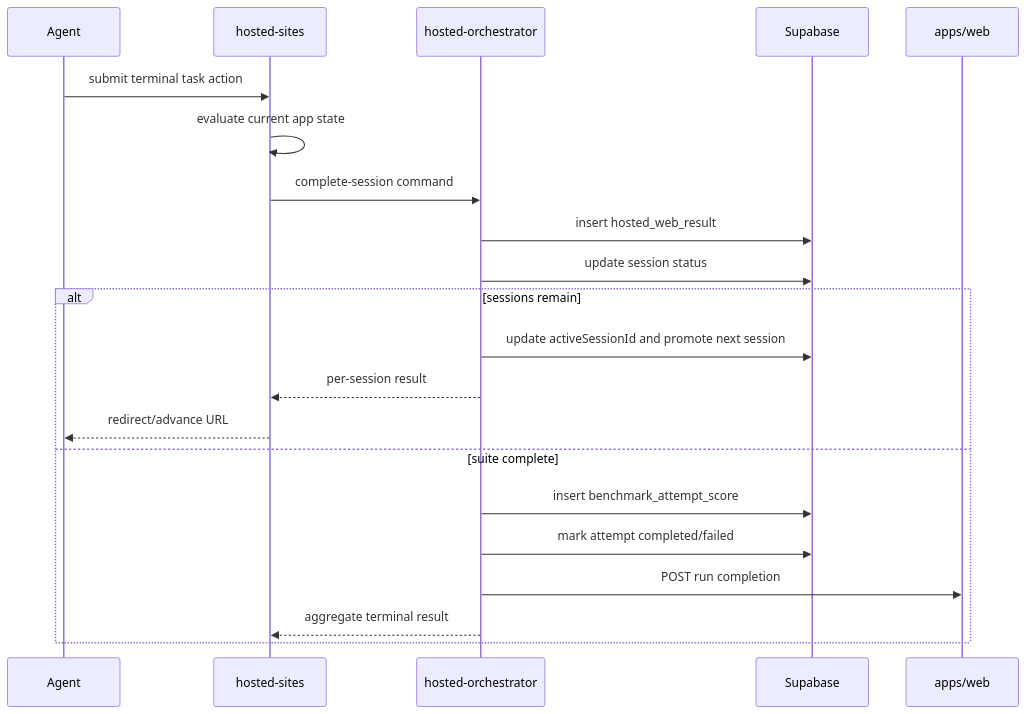
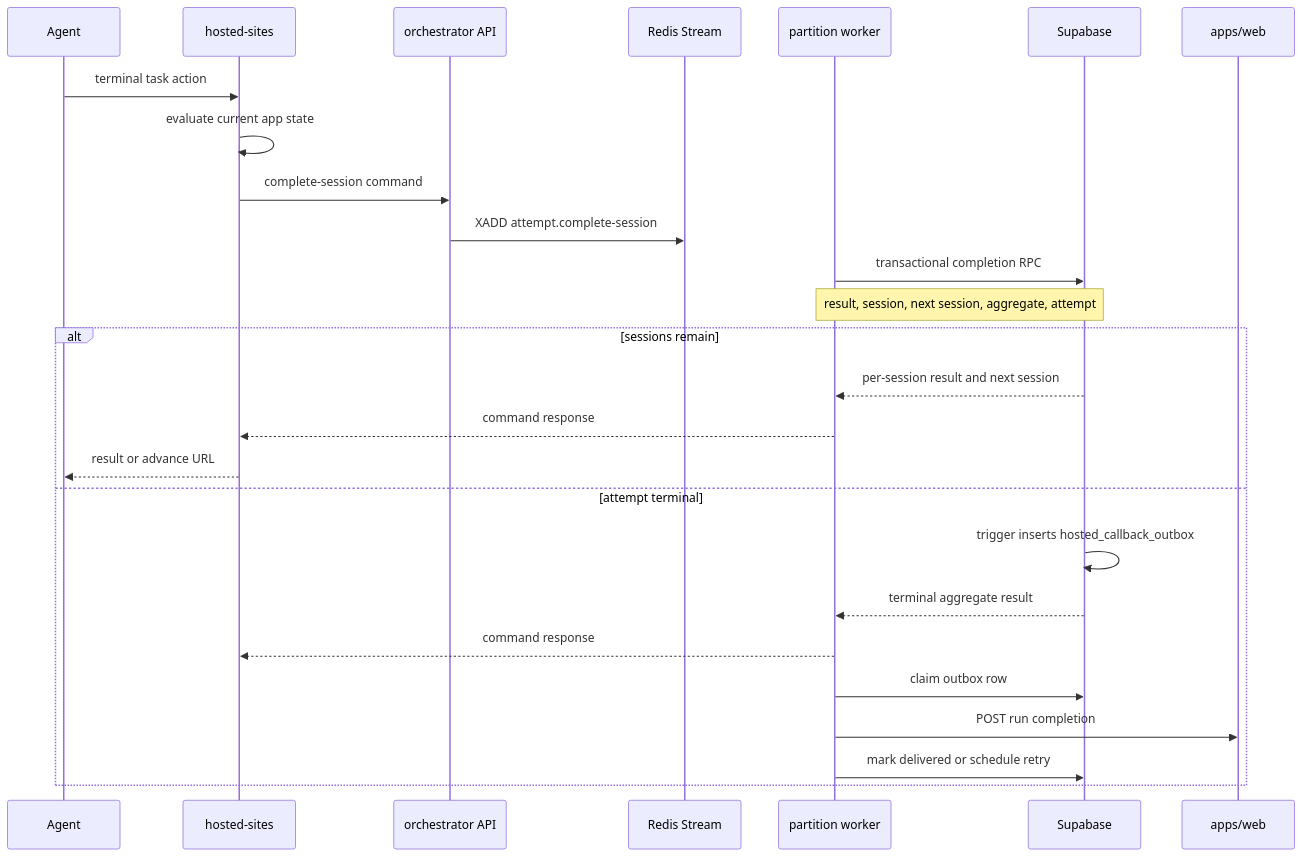
The fifth of 5 diagrams in docs/data-flow.md (Kaiwen0418/agent-benchmark), drawn with Mermaid before and after one commit. The commit also changed other lines of this file and 7 other files, not shown here.

Commit message:
docs: align architecture and runtime data flow (#67)

````diff
--- a/docs/data-flow.md
+++ b/docs/data-flow.md
@@ -61,24 +112,29 @@
 ```mermaid
 sequenceDiagram
   participant A as Agent
   participant H as hosted-sites
-  participant O as hosted-orchestrator
+  participant O as orchestrator API
+  participant R as Redis Stream
+  participant K as partition worker
   participant D as Supabase
   participant W as apps/web
 
-  A->>H: submit terminal task action
+  A->>H: terminal task action
   H->>H: evaluate current app state
   H->>O: complete-session command
-  O->>D: insert hosted_web_result
-  O->>D: update session status
+  O->>R: XADD attempt.complete-session
+  K->>D: transactional completion RPC
+  Note over K,D: result, session, next session, aggregate, attempt
   alt sessions remain
-    O->>D: update activeSessionId and promote next session
-    O-->>H: per-session result
-    H-->>A: redirect/advance URL
-  else suite complete
-    O->>D: insert benchmark_attempt_score
-    O->>D: mark attempt completed/failed
-    O->>W: POST run completion
-    O-->>H: aggregate terminal result
+    D-->>K: per-session result and next session
+    K-->>H: command response
+    H-->>A: result or advance URL
+  else attempt terminal
+    D->>D: trigger inserts hosted_callback_outbox
+    D-->>K: terminal aggregate result
+    K-->>H: command response
+    K->>D: claim outbox row
+    K->>W: POST run completion
+    K->>D: mark delivered or schedule retry
   end
 ```
````
